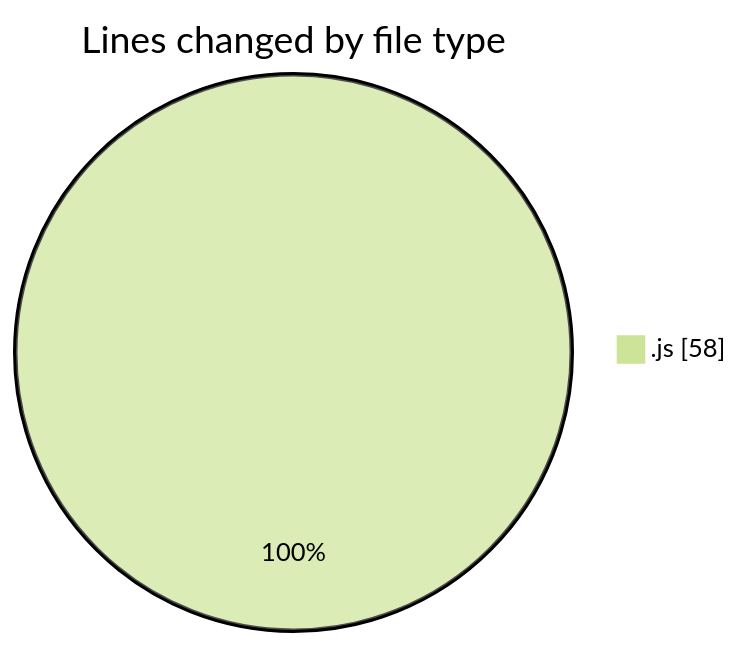
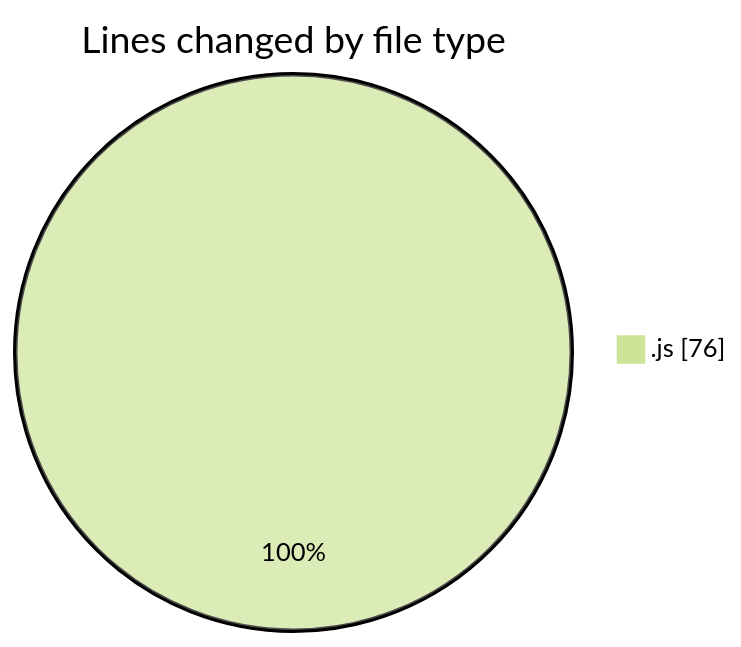
Before and after one commit to Ritupan-Deka/code-tracking: the first of 2 diagrams in 2025-07-17/mern-workoutboard/README.md, drawn with Mermaid (forest theme). The commit also changed other lines of this file and 1 other file, not shown here.

````diff
--- a/2025-07-17/mern-workoutboard/README.md
+++ b/2025-07-17/mern-workoutboard/README.md
@@ -21,5 +21,5 @@
 ```mermaid
 pie showData
 title Lines changed by file type
-".js" : 58
+".js" : 76
 ```
````
